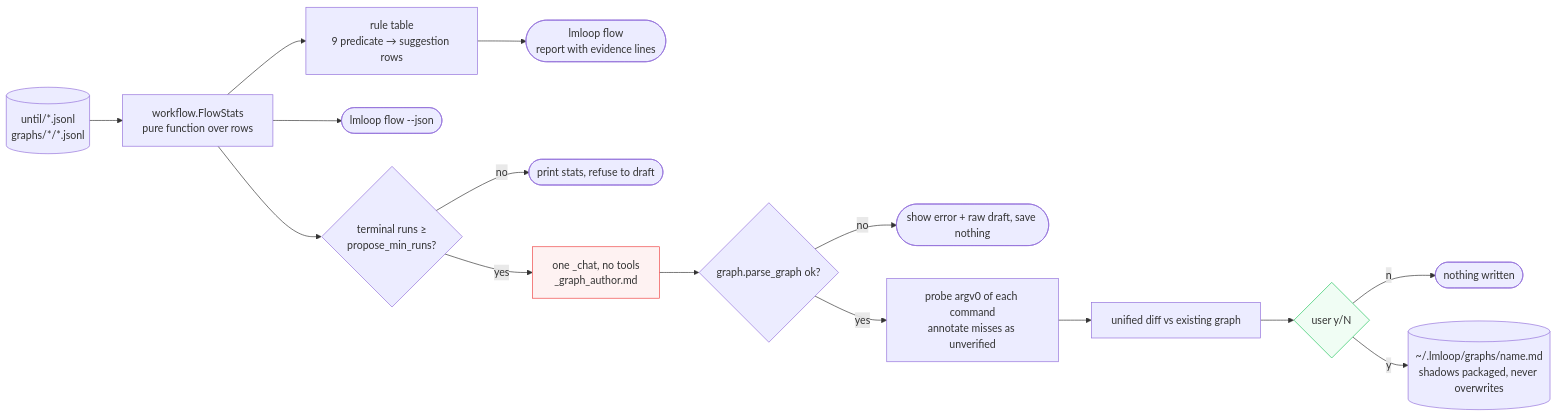
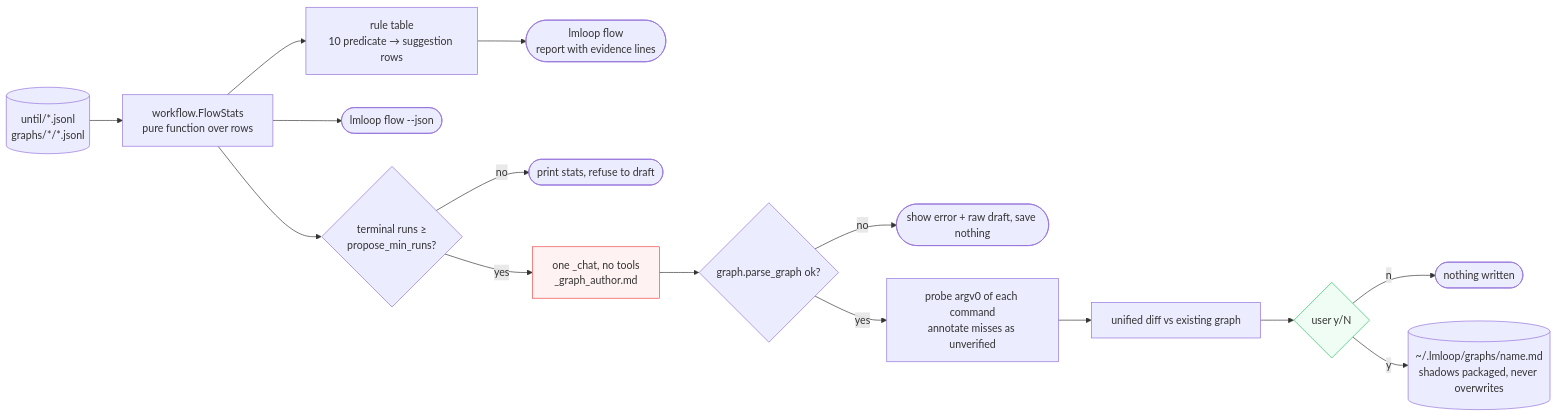
The eighth of 9 diagrams in lmloop/docs/DESIGN_DAG_AND_KNOWLEDGE_CANVAS.md (XD-Builder/environment-setup), drawn with Mermaid before and after one commit. The commit also changed other lines of this file and 2 other files, not shown here.

````diff
--- a/lmloop/docs/DESIGN_DAG_AND_KNOWLEDGE_CANVAS.md
+++ b/lmloop/docs/DESIGN_DAG_AND_KNOWLEDGE_CANVAS.md
@@ -581,21 +593,21 @@
 ```mermaid
 flowchart LR
   classDef model fill:#fef2f2,stroke:#ef4444
   classDef human fill:#f0fdf4,stroke:#22c55e
 
   logs[("until/*.jsonl<br/>graphs/*/*.jsonl")] --> stats["workflow.FlowStats<br/>pure function over rows"]
-  stats --> rules["rule table<br/>9 predicate → suggestion rows"]
+  stats --> rules["rule table<br/>10 predicate → suggestion rows"]
   rules --> report(["lmloop flow<br/>report with evidence lines"])
   stats --> json(["lmloop flow --json"])
 
   stats --> gatecheck{"terminal runs ≥<br/>propose_min_runs?"}
   gatecheck -->|"no"| refuse(["print stats, refuse to draft"])
   gatecheck -->|"yes"| draft["one _chat, no tools<br/>_graph_author.md"]:::model
   draft --> parse{"graph.parse_graph ok?"}
   parse -->|"no"| err(["show error + raw draft, save nothing"])
   parse -->|"yes"| probecmd["probe argv0 of each command<br/>annotate misses as unverified"]
   probecmd --> diff["unified diff vs existing graph"]
   diff --> yn{"user y/N"}:::human
   yn -->|"n"| nothing(["nothing written"])
   yn -->|"y"| save[("~/.lmloop/graphs/name.md<br/>shadows packaged, never overwrites")]
 ```
````
